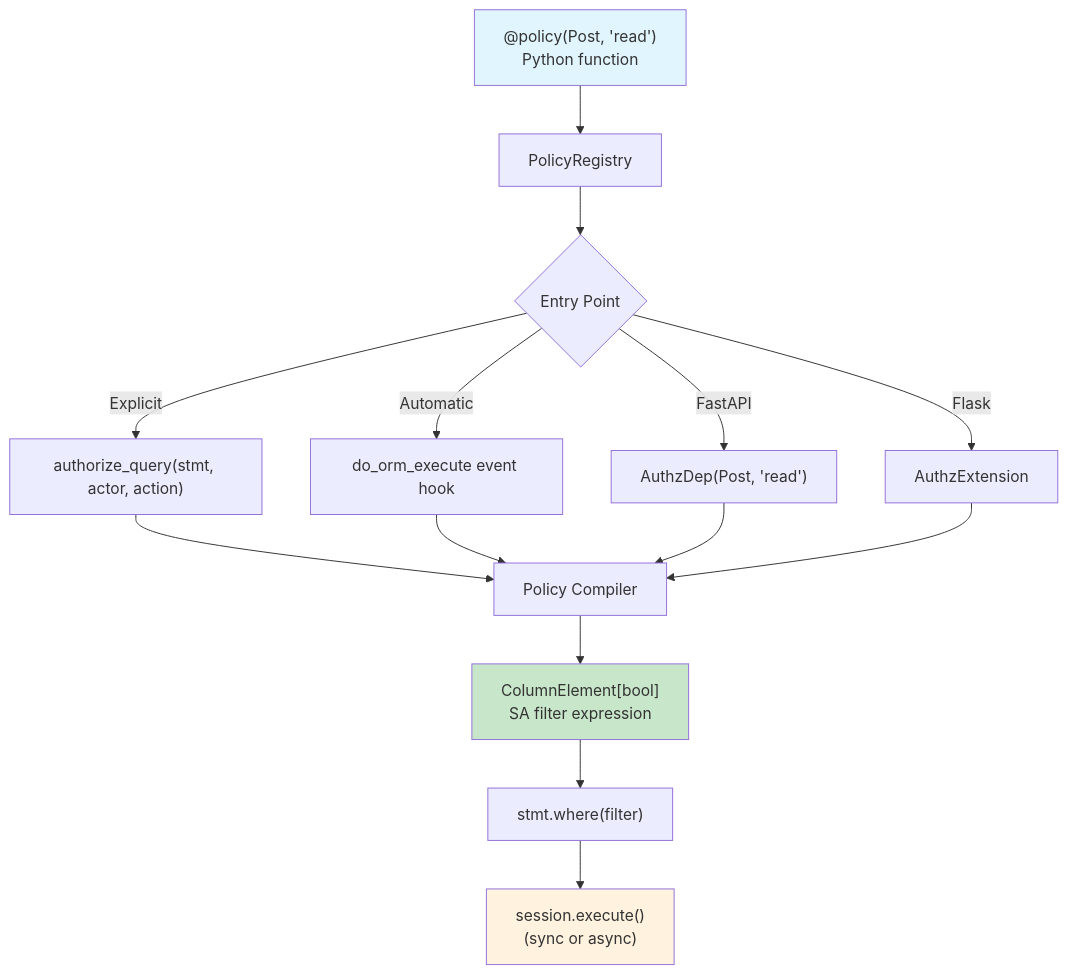
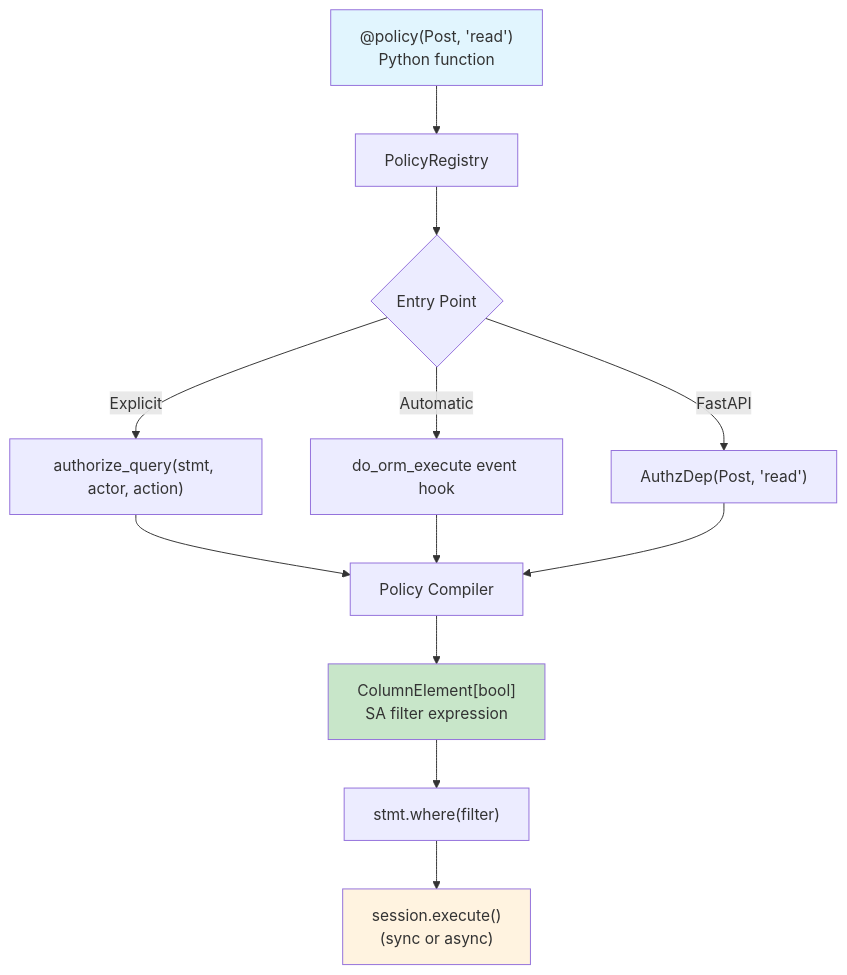
The diagram in README.md (colbyjoines/sqla-authz), drawn with Mermaid before and after one commit. The commit also changed other lines of this file and 11 other files, not shown here.

````diff
--- a/README.md
+++ b/README.md
@@ -80,20 +76,18 @@
 ```mermaid
 graph TD
     A["@policy(Post, 'read')<br/>Python function"] --> B[PolicyRegistry]
     B --> C{Entry Point}
     C -->|Explicit| D["authorize_query(stmt, actor, action)"]
     C -->|Automatic| E["do_orm_execute event hook"]
     C -->|FastAPI| F["AuthzDep(Post, 'read')"]
-    C -->|Flask| F2["AuthzExtension"]
     D --> G[Policy Compiler]
     E --> G
     F --> G
-    F2 --> G
     G --> H["ColumnElement[bool]<br/>SA filter expression"]
     H --> I["stmt.where(filter)"]
     I --> J["session.execute()<br/>(sync or async)"]
 
     style A fill:#e1f5fe
     style H fill:#c8e6c9
     style J fill:#fff3e0
 ```
````
